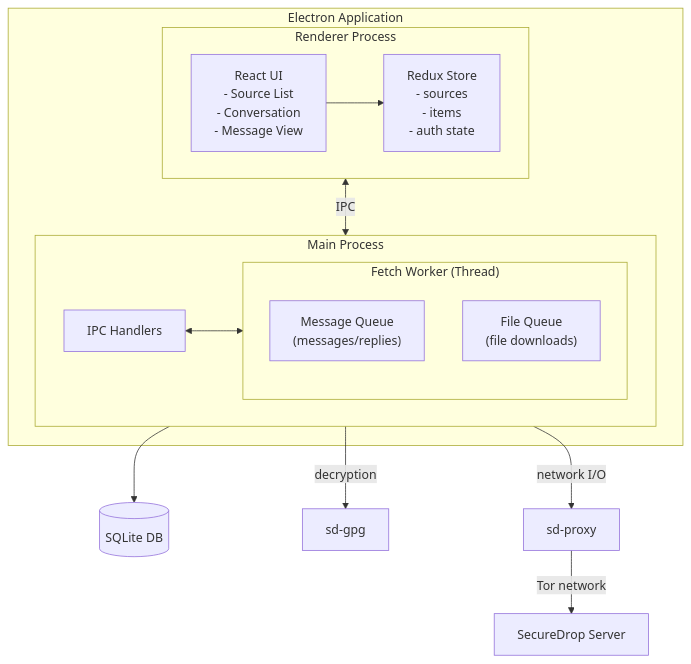
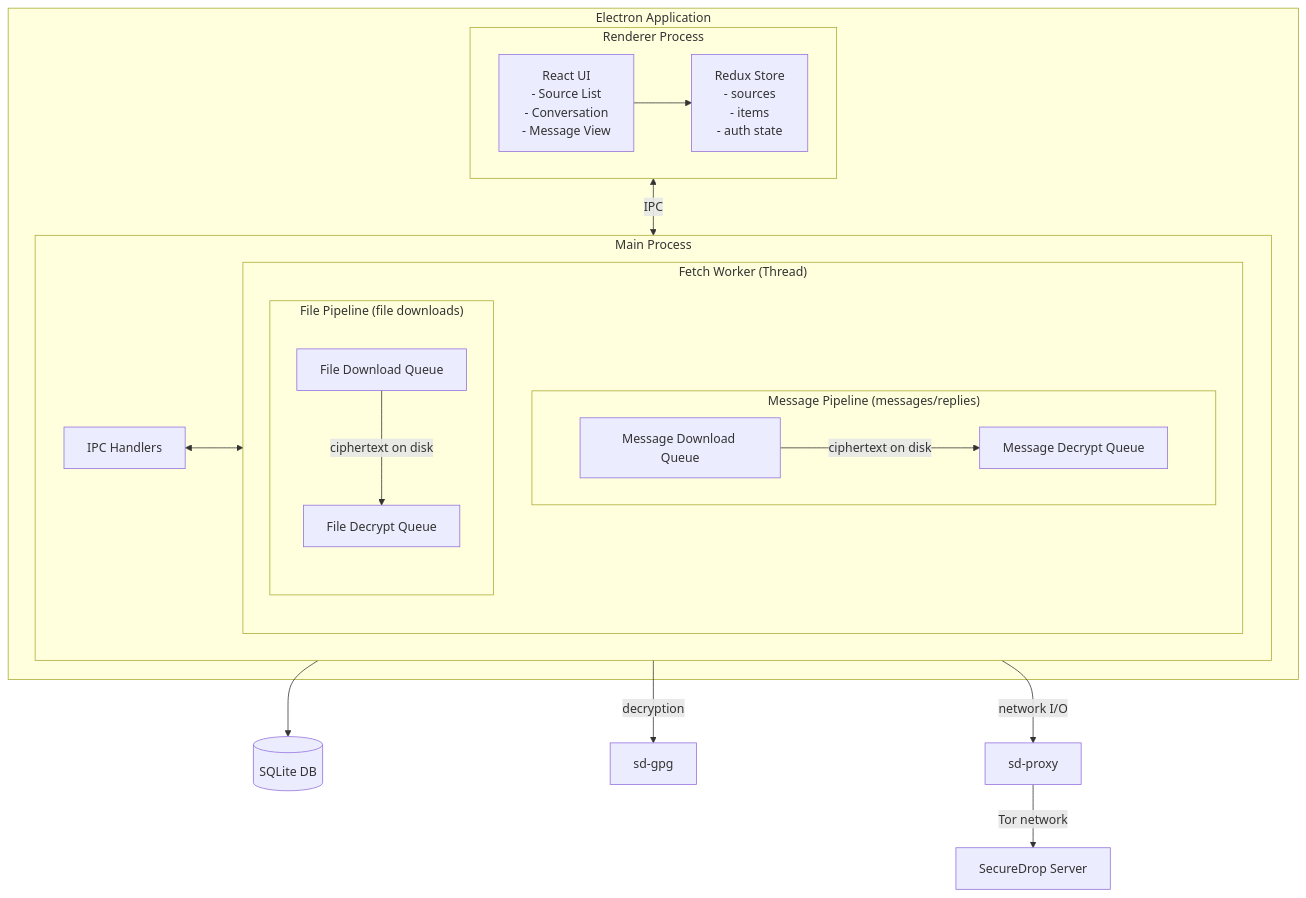
Before and after one commit to freedomofpress/securedrop-client: the first of 4 diagrams in app/architecture.md, drawn with Mermaid. The commit also changed other lines of this file and 1 other file, not shown here.

Commit message:
review feedback: fix bug + typo, update architecture.md

````diff
--- a/app/architecture.md
+++ b/app/architecture.md
@@ -19,33 +19,41 @@
 ```mermaid
 flowchart TB
     subgraph electron["Electron Application"]
         subgraph renderer["Renderer Process"]
             ui["React UI<br/>- Source List<br/>- Conversation<br/>- Message View"]
             redux["Redux Store<br/>- sources<br/>- items<br/>- auth state"]
             ui --> redux
         end
 
         subgraph main["Main Process"]
             ipc["IPC Handlers"]
 
             subgraph worker["Fetch Worker (Thread)"]
-                msgq["Message Queue<br/>(messages/replies)"]
-                fileq["File Queue<br/>(file downloads)"]
+                subgraph msgqs["Message Pipeline (messages/replies)"]
+                    msgdl["Message Download Queue"]
+                    msgdec["Message Decrypt Queue"]
+                    msgdl -->|"ciphertext on disk"| msgdec
+                end
+                subgraph fileqs["File Pipeline (file downloads)"]
+                    filedl["File Download Queue"]
+                    filedec["File Decrypt Queue"]
+                    filedl -->|"ciphertext on disk"| filedec
+                end
             end
             ipc <--> worker
         end
         renderer <-->|"IPC"| main
     end
 
     db[(SQLite DB)]
 
     gpg["sd-gpg"]
     proxy["sd-proxy"]
 
     server["SecureDrop Server"]
 
     main --> db
     main -->|decryption| gpg
     main -->|network I/O| proxy
     proxy -->|"Tor network"| server
 ```
````
